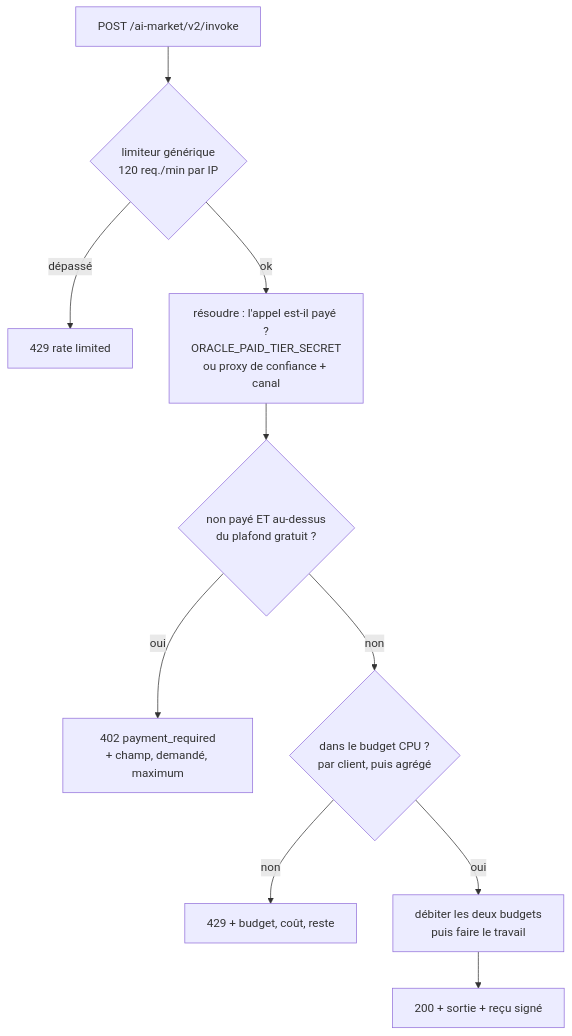
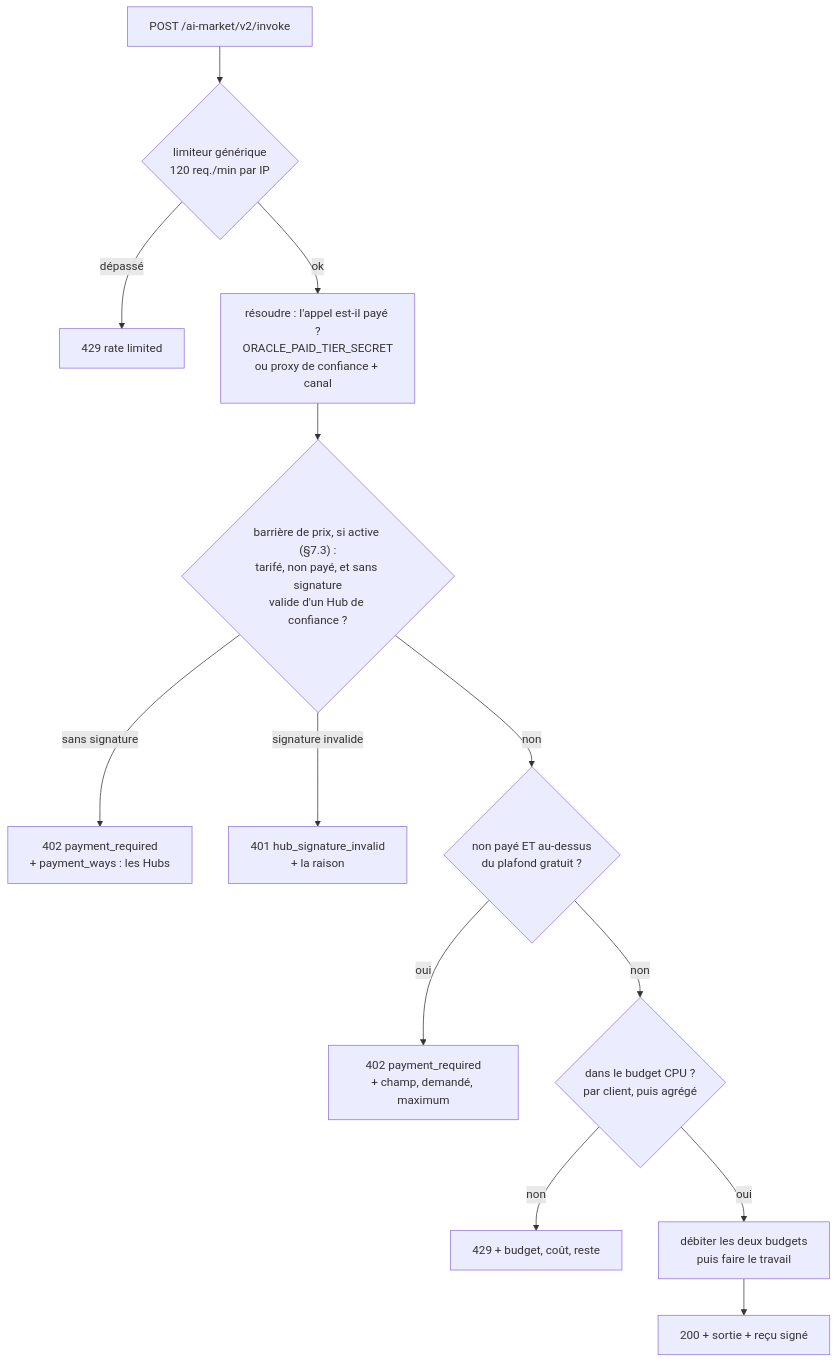
Before and after one commit to alexar76/aicom: the second of 4 diagrams in docs/free-and-paid-tiers.fr.md, drawn with Mermaid. The commit also changed other lines of this file and 496 other files, not shown here.

````diff
--- a/docs/free-and-paid-tiers.fr.md
+++ b/docs/free-and-paid-tiers.fr.md
@@ -176,12 +176,15 @@
 ```mermaid
 flowchart TD
     R["POST /ai-market/v2/invoke"] --> G{"limiteur générique<br/>120 req./min par IP"}
     G -->|dépassé| G429["429 rate limited"]
     G -->|ok| P["résoudre : l'appel est-il payé ?<br/>ORACLE_PAID_TIER_SECRET<br/>ou proxy de confiance + canal"]
-    P --> F{"non payé ET au-dessus<br/>du plafond gratuit ?"}
+    P --> H{"barrière de prix, si active (§7.3) :<br/>tarifé, non payé, et sans signature<br/>valide d'un Hub de confiance ?"}
+    H -->|sans signature| H402["402 payment_required<br/>+ payment_ways : les Hubs"]
+    H -->|signature invalide| H401["401 hub_signature_invalid<br/>+ la raison"]
+    H -->|non| F{"non payé ET au-dessus<br/>du plafond gratuit ?"}
     F -->|oui| F402["402 payment_required<br/>+ champ, demandé, maximum"]
     F -->|non| B{"dans le budget CPU ?<br/>par client, puis agrégé"}
     B -->|non| B429["429 + budget, coût, reste"]
     B -->|oui| W["débiter les deux budgets<br/>puis faire le travail"]
     W --> OK["200 + sortie + reçu signé"]
 ```
````
